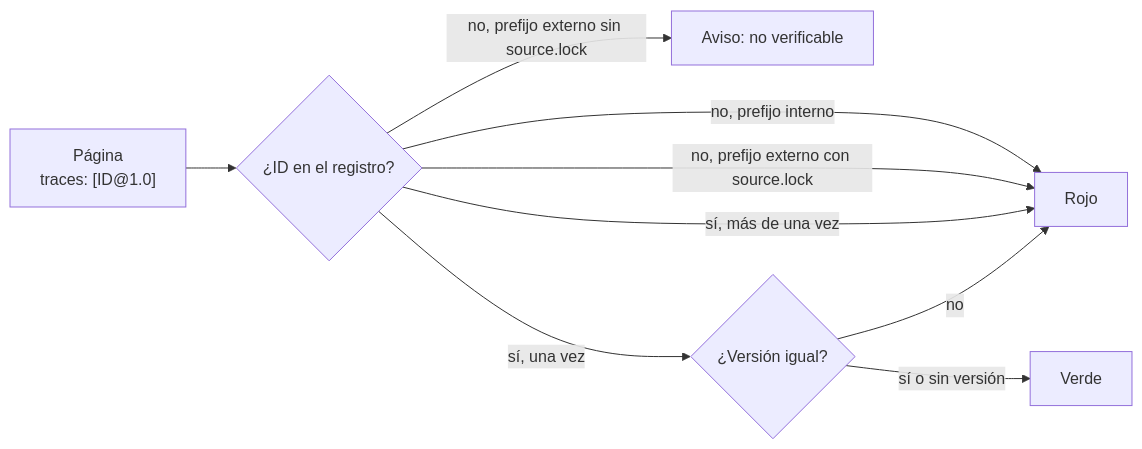
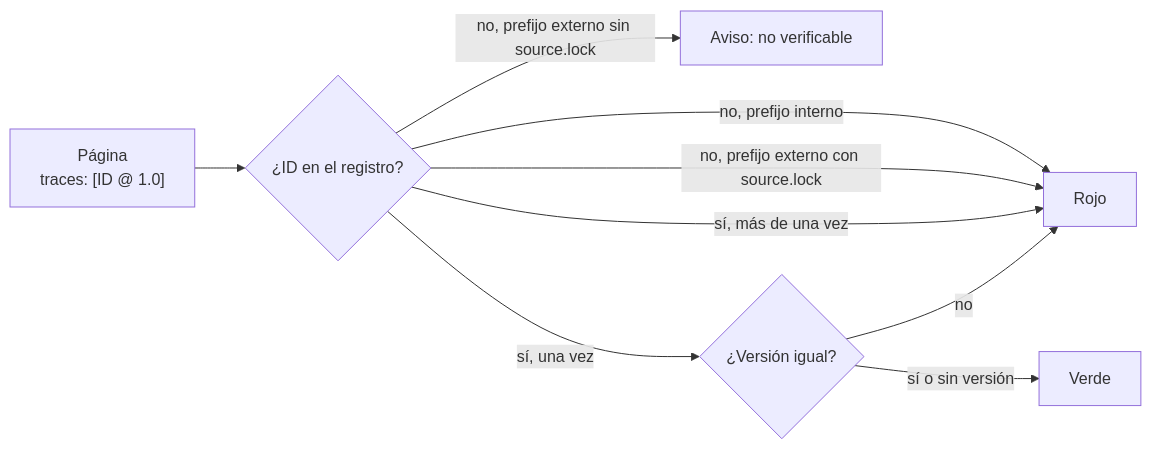
One commit to hdcm-dev/Lab-Documentos changed the diagram in Guides/Documentacion-Tecnica/Sistema-De-Documentacion-E-Integracion/99-Anexos/Esquema-Frontmatter-Y-Prefijos.md. Above: the diagram before and after it, drawn with Mermaid. The commit also changed 9 other files, not shown here.

First line of the commit message:
DocsAsCode 0003, PR común: control mermaid-arroba, prefijo PE y delegación del merge

````diff
--- a/Guides/Documentacion-Tecnica/Sistema-De-Documentacion-E-Integracion/99-Anexos/Esquema-Frontmatter-Y-Prefijos.md
+++ b/Guides/Documentacion-Tecnica/Sistema-De-Documentacion-E-Integracion/99-Anexos/Esquema-Frontmatter-Y-Prefijos.md
@@ -82,11 +82,11 @@
 ```mermaid
 flowchart LR
-  P["Página<br/>traces: [ID@1.0]"] --> R{"¿ID en el registro?"}
+  P["Página<br/>traces: [ID @ 1.0]"] --> R{"¿ID en el registro?"}
   R -->|no, prefijo interno| ROJO["Rojo"]
   R -->|no, prefijo externo sin source.lock| AV["Aviso: no verificable"]
   R -->|no, prefijo externo con source.lock| ROJO
   R -->|sí, una vez| V{"¿Versión igual?"}
   R -->|sí, más de una vez| ROJO
   V -->|sí o sin versión| OK["Verde"]
   V -->|no| ROJO
 ```
````
